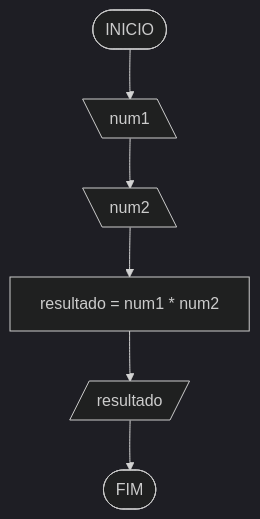
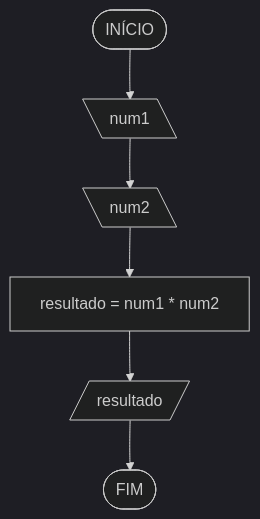
Before and after one commit to Carlos-Eduardo-Freitas/JavaScript-C-JAVA-Python: the fourth of 8 diagrams in JavaScript/Aula 1: Variáveis/aula1.md, drawn with Mermaid (dark theme). The commit also changed other lines of this file, not shown here.

````diff
--- a/JavaScript/Aula 1: Variáveis/aula1.md
+++ b/JavaScript/Aula 1: Variáveis/aula1.md
@@ -158,8 +170,8 @@
 ```mermaid
 flowchart TD
-A([INICIO]) --> B[\num1\]
+A([INÍCIO]) --> B[\num1\]
 B --> C[\num2\]
 C --> D[resultado = num1 * num2]
 D --> E[/"resultado"/]
 E --> F([FIM])
 ```
````
